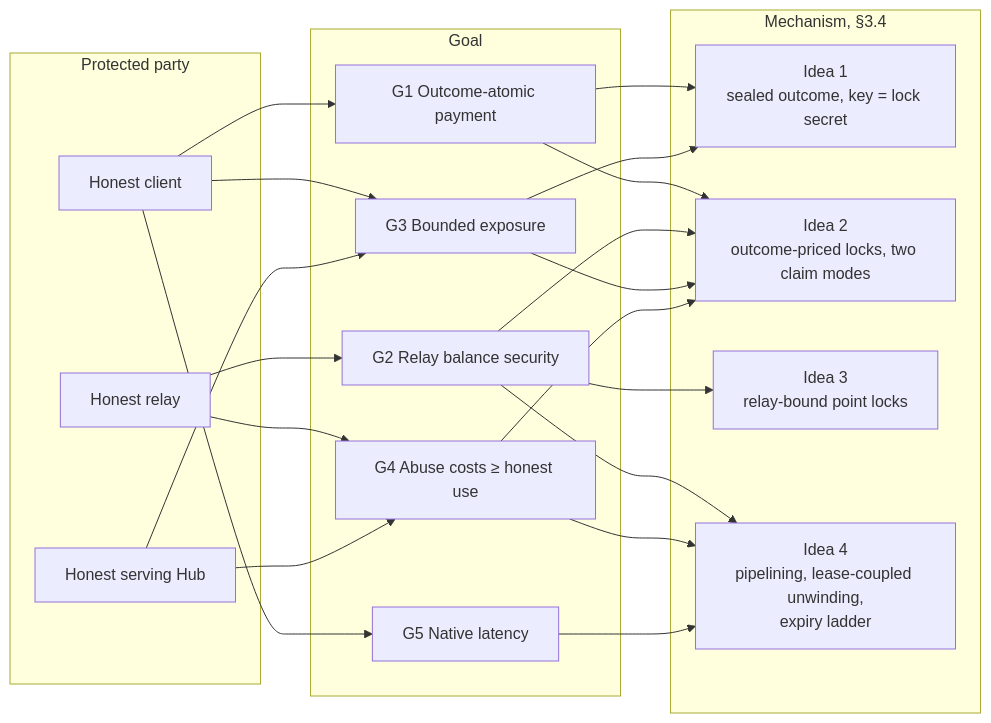
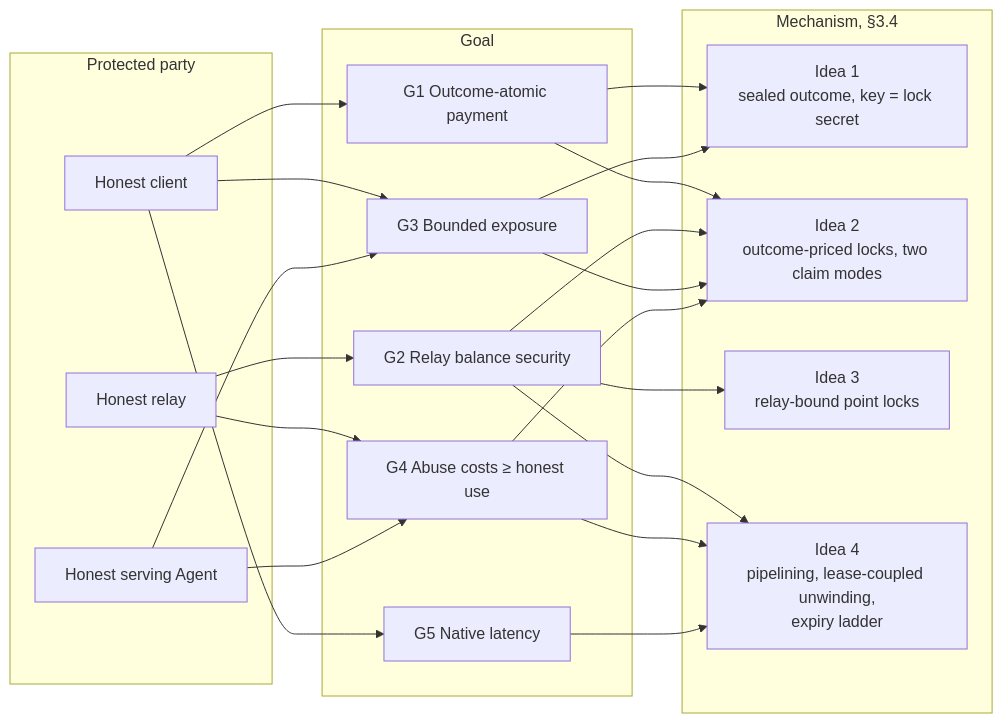
One commit to MDOmerDanish/project-idea changed the fifth of 27 diagrams in specroute_paper_draft.md. Above: the diagram before and after it, drawn with Mermaid. The commit also changed other lines of this file, not shown here.

````diff
--- a/specroute_paper_draft.md
+++ b/specroute_paper_draft.md
@@ -188,38 +190,38 @@
 ```mermaid
 flowchart LR
     subgraph WHO["Protected party"]
         PC["Honest client"]
         PR["Honest relay"]
-        PH["Honest serving Hub"]
+        PH["Honest serving Agent"]
     end
     subgraph GOAL["Goal"]
         G1["G1 Outcome-atomic payment"]
         G2["G2 Relay balance security"]
         G3["G3 Bounded exposure"]
         G4["G4 Abuse costs ≥ honest use"]
         G5["G5 Native latency"]
     end
     subgraph HOW["Mechanism, §3.4"]
         I1["Idea 1<br/>sealed outcome, key = lock secret"]
         I2["Idea 2<br/>outcome-priced locks, two claim modes"]
         I3["Idea 3<br/>relay-bound point locks"]
         I4["Idea 4<br/>pipelining, lease-coupled unwinding,<br/>expiry ladder"]
     end
     PC --> G1
     PC --> G3
     PC --> G5
     PR --> G2
     PR --> G4
     PH --> G3
     PH --> G4
     G1 --> I1
     G1 --> I2
     G2 --> I2
     G2 --> I3
     G2 --> I4
     G3 --> I1
     G3 --> I2
     G4 --> I2
     G4 --> I4
     G5 --> I4
 ```
````
